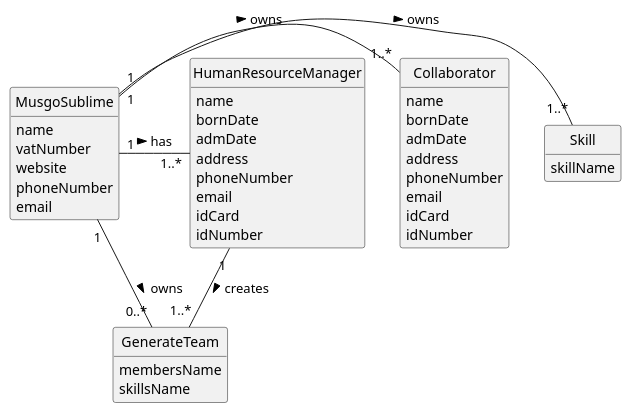
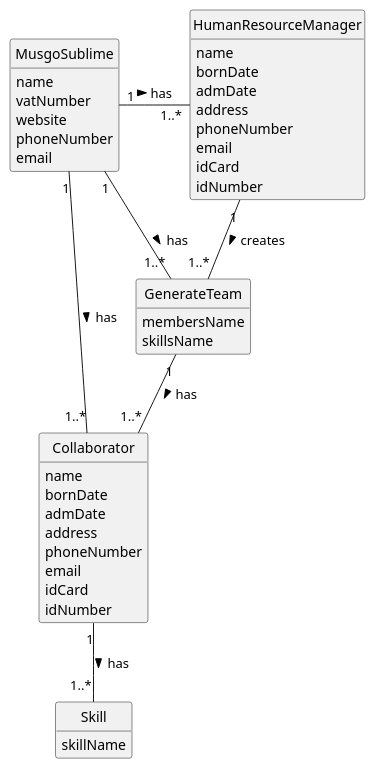
One commit to 1231360-ISEP/lei-24-s2-1db-g021 changed the diagram in docs/sprintA/us005/02.analysis/puml/us005-domain-model.puml. Above: the diagram before and after it, drawn with PlantUML. The commit also changed 2 other files, not shown here.

```diff
--- a/docs/sprintA/us005/02.analysis/puml/us005-domain-model.puml
+++ b/docs/sprintA/us005/02.analysis/puml/us005-domain-model.puml
@@ -1,55 +1,56 @@
 @startuml
 skinparam monochrome true
 skinparam packageStyle rectangle
 skinparam shadowing false
 
 skinparam classAttributeIconSize 0
 
 hide circle
 hide methods
 
 class MusgoSublime {
     name
     vatNumber
     website
     phoneNumber
     email
 }
 
 class HumanResourceManager {
     name
     bornDate
     admDate
     address
     phoneNumber
     email
     idCard
     idNumber
 }
 
 class Skill {
     skillName
 }
 
 class Collaborator {
     name
     bornDate
     admDate
     address
     phoneNumber
     email
     idCard
     idNumber
 }
 
 class GenerateTeam {
     membersName
     skillsName
 }
 
-MusgoSublime "1" - "1..*" Skill: owns >
-MusgoSublime "1" - "1..*" Collaborator: owns >
+MusgoSublime "1" - "1..*" Collaborator: has >
 MusgoSublime "1" - "1..*" HumanResourceManager : has >
-MusgoSublime "1" - "0..*" GenerateTeam: owns >
+Collaborator "1" -- "1..*" Skill : has >
+MusgoSublime "1" - "1..*" GenerateTeam: has >
+GenerateTeam "1" -- "1..*" Collaborator : has >
 HumanResourceManager "1" -- "1..*" GenerateTeam : creates >
 @enduml
```
